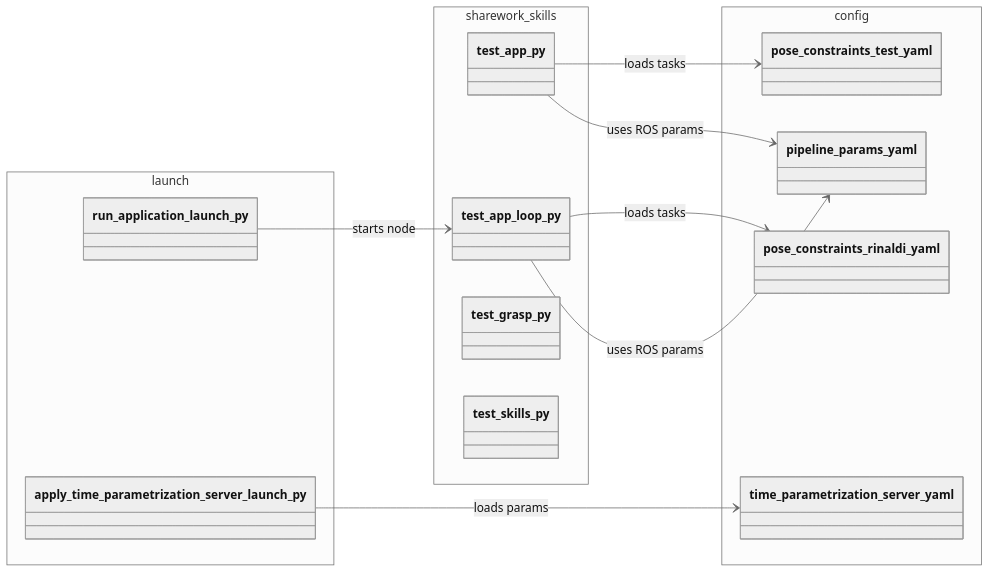
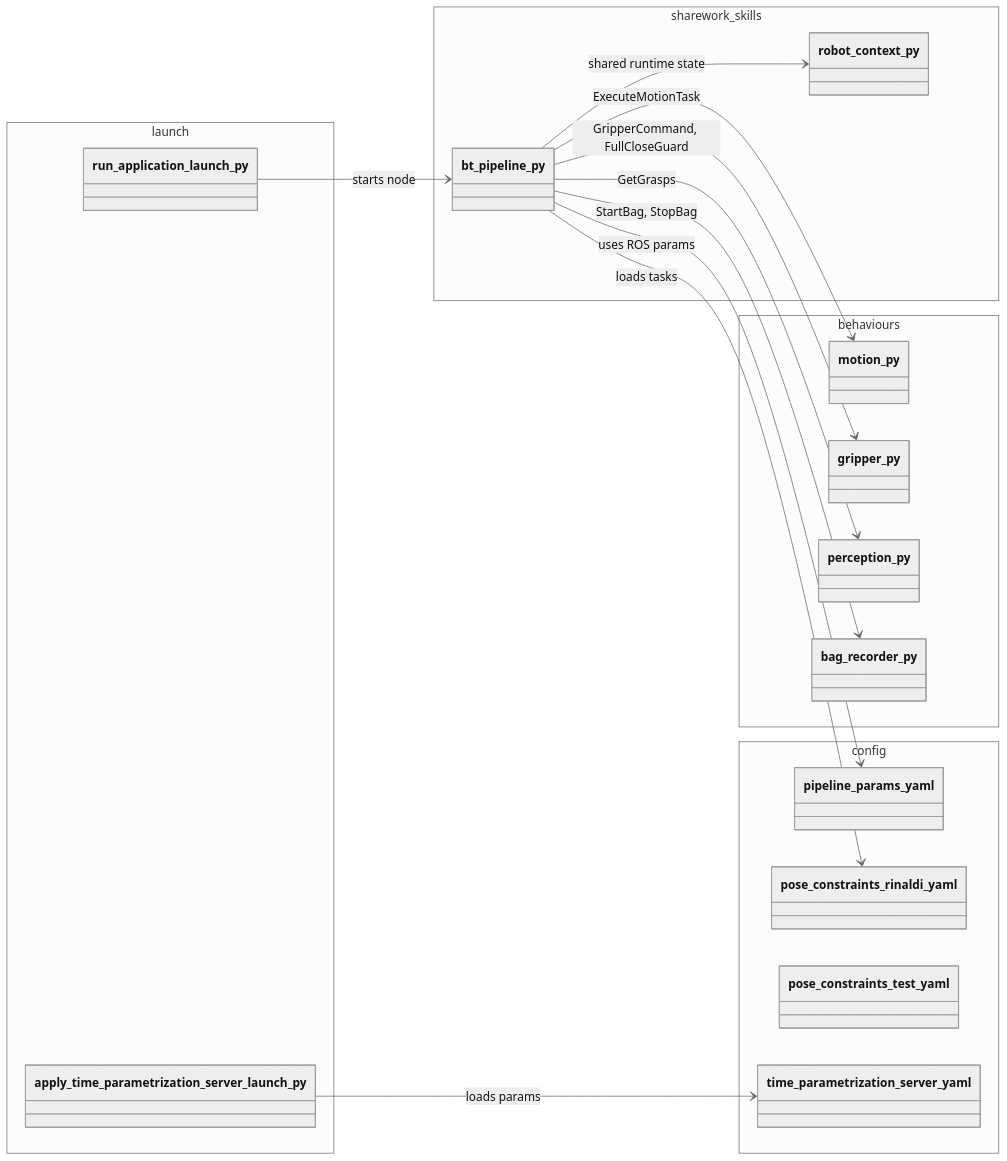
One commit to JRL-CARI-CNR-UNIBS/sharework_tests changed the first of 2 diagrams in sharework_skills/README.md. Above: the diagram before and after it, drawn with Mermaid (neutral theme). The commit also changed other lines of this file, not shown here.

Commit message:
Refocus README on bt_pipeline architecture imports

````diff
--- a/sharework_skills/README.md
+++ b/sharework_skills/README.md
@@ -38,30 +39,38 @@
 ```mermaid
 classDiagram
 direction LR
 
 namespace sharework_skills {
-  class test_app_py
-  class test_app_loop_py
-  class test_grasp_py
-  class test_skills_py
+  class bt_pipeline_py
+  class robot_context_py
+}
+
+namespace behaviours {
+  class motion_py
+  class gripper_py
+  class perception_py
+  class bag_recorder_py
 }
 
 namespace launch {
   class run_application_launch_py
   class apply_time_parametrization_server_launch_py
 }
 
 namespace config {
   class pipeline_params_yaml
   class pose_constraints_rinaldi_yaml
   class pose_constraints_test_yaml
   class time_parametrization_server_yaml
 }
 
-run_application_launch_py --> test_app_loop_py : starts node
+run_application_launch_py --> bt_pipeline_py : starts node
 apply_time_parametrization_server_launch_py --> time_parametrization_server_yaml : loads params
-test_app_py --> pose_constraints_test_yaml : loads tasks
-test_app_loop_py --> pose_constraints_rinaldi_yaml : loads tasks
-test_app_py --> pipeline_params_yaml : uses ROS params
-test_app_loop_py --> pipeline_params_yaml : uses ROS params
+bt_pipeline_py --> robot_context_py : shared runtime state
+bt_pipeline_py --> motion_py : ExecuteMotionTask
+bt_pipeline_py --> gripper_py : GripperCommand, FullCloseGuard
+bt_pipeline_py --> perception_py : GetGrasps
+bt_pipeline_py --> bag_recorder_py : StartBag, StopBag
+bt_pipeline_py --> pose_constraints_rinaldi_yaml : loads tasks
+bt_pipeline_py --> pipeline_params_yaml : uses ROS params
 ```
````
